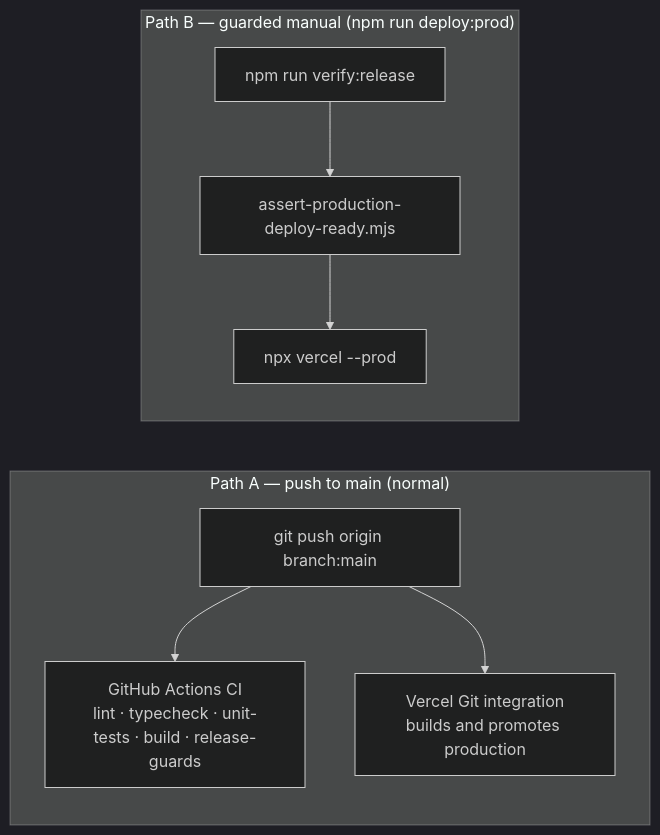
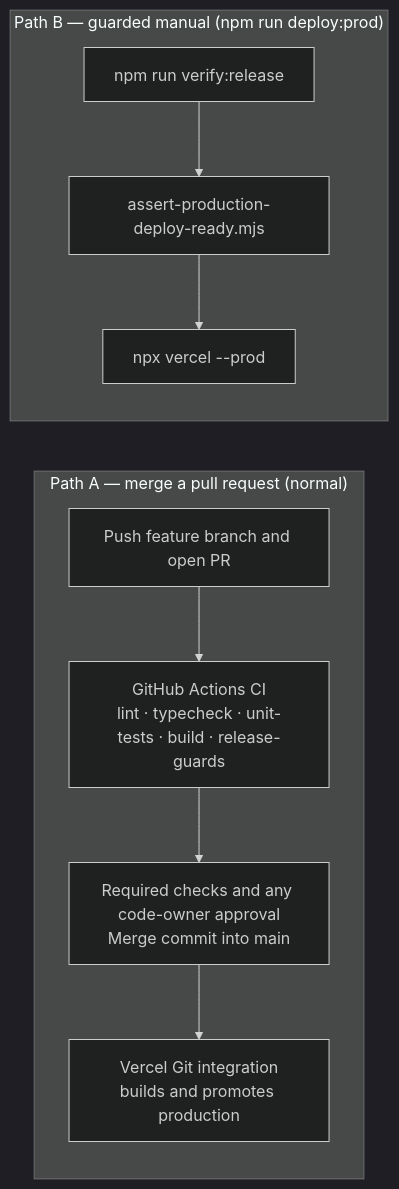
Before and after one commit to kasheesh711/bgscheduler: the first of 4 diagrams in docs/operations/runbook.md, drawn with Mermaid (dark theme). The commit also changed other lines of this file and 17 other files, not shown here.

````diff
--- a/docs/operations/runbook.md
+++ b/docs/operations/runbook.md
@@ -46,10 +46,11 @@
 ```mermaid
 flowchart LR
-  subgraph A["Path A — push to main (normal)"]
-    a1["git push origin branch:main"] --> a2["GitHub Actions CI<br/>lint · typecheck · unit-tests · build · release-guards"]
-    a1 --> a3["Vercel Git integration<br/>builds and promotes production"]
+  subgraph A["Path A — merge a pull request (normal)"]
+    a1["Push feature branch and open PR"] --> a2["GitHub Actions CI<br/>lint · typecheck · unit-tests · build · release-guards"]
+    a2 --> a4["Required checks and any code-owner approval<br/>Merge commit into main"]
+    a4 --> a3["Vercel Git integration<br/>builds and promotes production"]
   end
   subgraph B["Path B — guarded manual (npm run deploy:prod)"]
     b1["npm run verify:release"] --> b2["assert-production-deploy-ready.mjs"] --> b3["npx vercel --prod"]
   end
 ```
````
